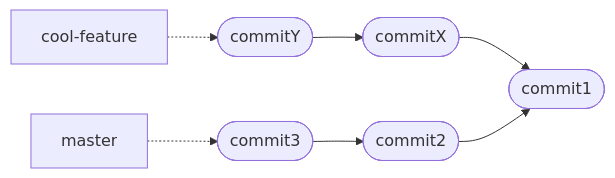
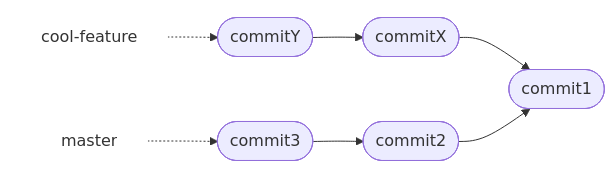
One commit to hpc2n/course-intro-git changed the first of 7 diagrams in docs/branches.md. Above: the diagram before and after it, drawn with Mermaid. The commit also changed other lines of this file and 6 other files, not shown here.

Commit message:
Trying to get the order correct in the mermaid diagram

````diff
--- a/docs/branches.md
+++ b/docs/branches.md
@@ -252,19 +252,22 @@
 ```mermaid
 graph LR
+
+  master["master"]
+  style master fill:#ffffff,stroke:#ffffff
+  cool-feature["cool-feature"]
+  style cool-feature fill:#ffffff,stroke:#ffffff
 
   commitX(["commitX"])
   commit1(["commit1"])
   commit2(["commit2"])
   commitY(["commitY"])
   commit3(["commit3"])
 
+  master -.-> commit3
+  cool-feature -.-> commitY 
   commitX --> commit1
   commit2 --> commit1
   commitY --> commitX
   commit3 --> commit2
 
-  master["master"]
-  master -.-> commit3
-  cool-feature["cool-feature"] 
-  cool-feature -.-> commitY 
 ```
````
